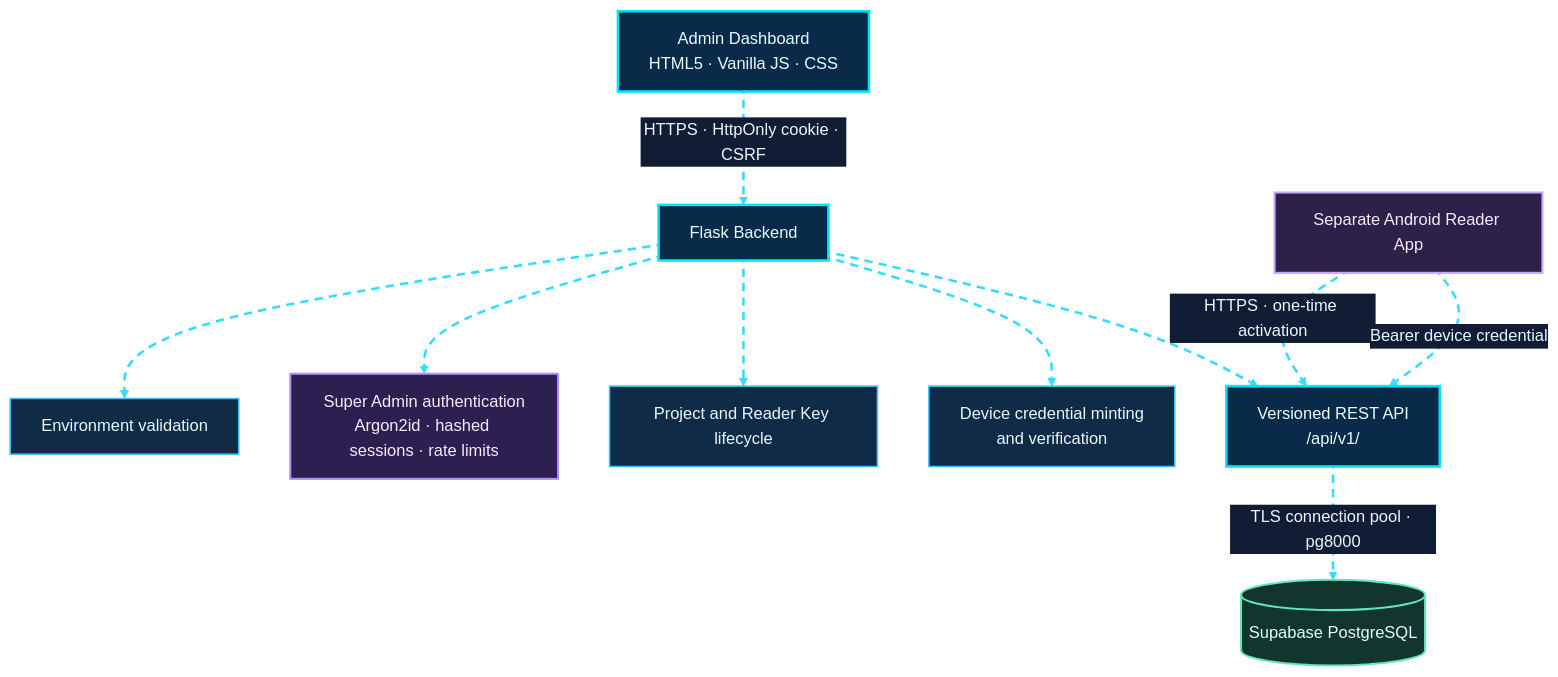
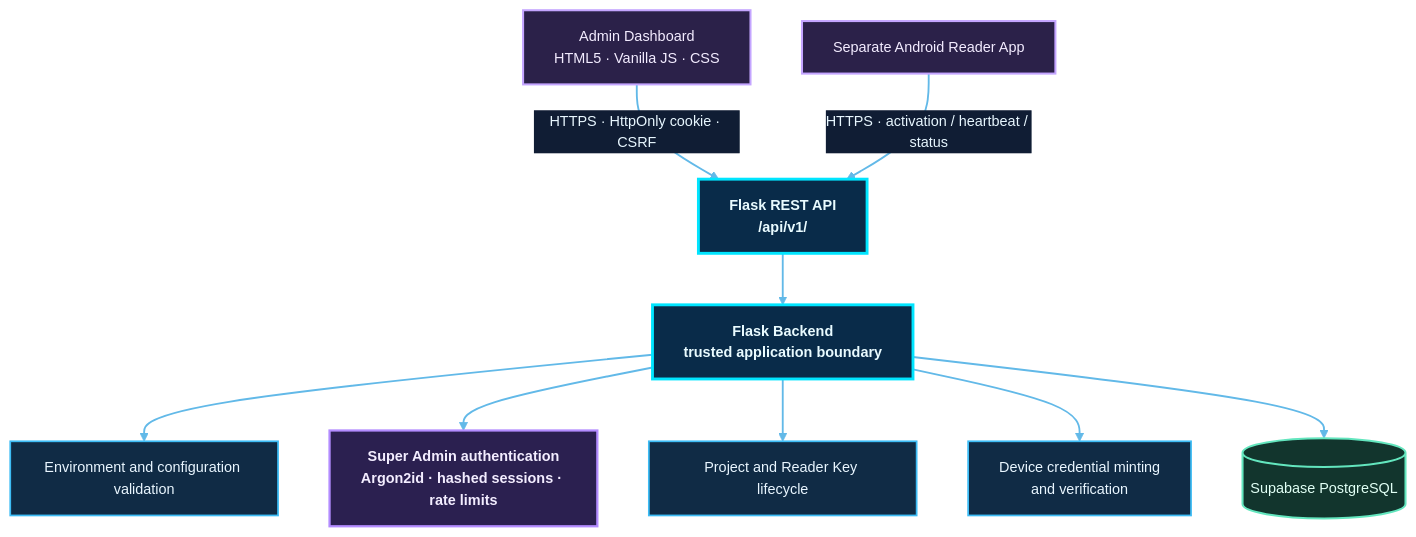
One commit to shajeduzzamanenan992008inc/NexOra-Database-key-Gen changed the third of 23 diagrams in README.md. Above: the diagram before and after it, drawn with Mermaid. The commit also changed other lines of this file, not shown here.

````diff
--- a/README.md
+++ b/README.md
@@ -498,33 +495,32 @@
 ```mermaid
-%%{init: {"theme":"base","themeVariables":{"darkMode":true,"background":"#07111f","primaryColor":"#102744","primaryTextColor":"#e8f7ff","primaryBorderColor":"#00d9ff","lineColor":"#7297c8","secondaryColor":"#261d45","secondaryTextColor":"#f3eaff","secondaryBorderColor":"#a78bfa","tertiaryColor":"#12332b","tertiaryTextColor":"#e0fff1","tertiaryBorderColor":"#41e6a2","fontFamily":"Inter, Segoe UI, sans-serif","edgeLabelBackground":"#101d34","mainBkg":"#102744","nodeBorder":"#00d9ff","clusterBkg":"#0b1930","clusterBorder":"#6f7dff","actorBkg":"#102744","actorBorder":"#00d9ff","actorTextColor":"#e8f7ff","signalColor":"#64d8ff","signalTextColor":"#e8f7ff","noteBkgColor":"#0e332b","noteBorderColor":"#41e6a2","noteTextColor":"#e0fff1"}}}%%
-flowchart TD
-    A["Admin Dashboard<br/>HTML5 · Vanilla JS · CSS"] nx03e01@-->|"HTTPS · HttpOnly cookie · CSRF"| B["Flask Backend"]
-    B nx03e02@--> C["Environment validation"]
-    B nx03e03@--> D["Super Admin authentication<br/>Argon2id · hashed sessions · rate limits"]
-    B nx03e04@--> E["Project and Reader Key lifecycle"]
-    B nx03e05@--> F["Device credential minting<br/>and verification"]
-    B nx03e06@--> G["Versioned REST API<br/>/api/v1/"]
-    G nx03e07@-->|"TLS connection pool · pg8000"| H[("Supabase PostgreSQL")]
-    I["Separate Android Reader App"] nx03e08@-->|"HTTPS · one-time activation"| G
-    I nx03e09@-->|"Bearer device credential"| G
+%%{init: {"theme":"base","themeVariables":{"darkMode":true,"background":"#07111f","primaryColor":"#102744","primaryTextColor":"#e8f7ff","primaryBorderColor":"#00d9ff","lineColor":"#62b9e8","secondaryColor":"#261d45","secondaryTextColor":"#f3eaff","secondaryBorderColor":"#a78bfa","tertiaryColor":"#12332b","tertiaryTextColor":"#e0fff1","tertiaryBorderColor":"#41e6a2","fontFamily":"Inter, Segoe UI, sans-serif","fontSize":"14px","edgeLabelBackground":"#101d34","mainBkg":"#102744","nodeBorder":"#00d9ff","clusterBkg":"#0b1930","clusterBorder":"#6f7dff","actorBkg":"#102744","actorBorder":"#00d9ff","actorTextColor":"#e8f7ff","signalColor":"#64d8ff","signalTextColor":"#e8f7ff","noteBkgColor":"#0e332b","noteBorderColor":"#41e6a2","noteTextColor":"#e0fff1"}}}%%
+flowchart TB
+    ADMIN["Admin Dashboard<br/>HTML5 · Vanilla JS · CSS"] -->|"HTTPS · HttpOnly cookie · CSRF"| API["Flask REST API<br/>/api/v1/"]
+    READER["Separate Android Reader App"] -->|"HTTPS · activation / heartbeat / status"| API
 
-    %% OMEGA NEX-ORA visual classes
-    %% OMEGA NEX-ORA / ULTRA NEON PALETTE
-    classDef nxCore fill:#092b49,stroke:#00e5ff,stroke-width:2.5px,color:#e9fbff;
-    classDef nxProcess fill:#102b45,stroke:#3dbcf5,stroke-width:1.5px,color:#e9f6ff;
-    classDef nxDecision fill:#2b2050,stroke:#b38cff,stroke-width:2px,color:#f3edff;
-    classDef nxSuccess fill:#0d3b2c,stroke:#3fffa0,stroke-width:2px,color:#e0fff0;
-    classDef nxDanger fill:#451d30,stroke:#ff6688,stroke-width:2px,color:#fff0f3;
+    API --> BACKEND["Flask Backend<br/>trusted application boundary"]
+    BACKEND --> ENV["Environment and configuration validation"]
+    BACKEND --> AUTH["Super Admin authentication<br/>Argon2id · hashed sessions · rate limits"]
+    BACKEND --> LIFE["Project and Reader Key lifecycle"]
+    BACKEND --> DEVICE["Device credential minting<br/>and verification"]
+    BACKEND --> DB[("Supabase PostgreSQL")]
+
+
+    %% OMEGA NEX-ORA · ULTRA NEON DESIGN SYSTEM
+    classDef nxCore fill:#092b49,stroke:#00e5ff,stroke-width:2.8px,color:#e9fbff,font-weight:bold;
+    classDef nxProcess fill:#102b45,stroke:#3dbcf5,stroke-width:1.7px,color:#e9f6ff;
+    classDef nxDecision fill:#2b2050,stroke:#b38cff,stroke-width:2.2px,color:#f3edff,font-weight:bold;
+    classDef nxSuccess fill:#0d3b2c,stroke:#3fffa0,stroke-width:2.2px,color:#e0fff0,font-weight:bold;
+    classDef nxDanger fill:#451d30,stroke:#ff6688,stroke-width:2.2px,color:#fff0f3,font-weight:bold;
     classDef nxData fill:#12352d,stroke:#63e6be,stroke-width:2px,color:#e1fff5;
     classDef nxExternal fill:#2b2149,stroke:#c4a5ff,stroke-width:2px,color:#f3ecff;
     classDef nxInfo fill:#17253e,stroke:#91a7c9,stroke-width:1.5px,color:#e5efff;
     classDef nxWarning fill:#453116,stroke:#fbbf24,stroke-width:2px,color:#fff6d6;
-    %% Moving dashed route: Mermaid applies this class to explicitly identified edges.
-    classDef nxAnimated stroke:#35dcff,stroke-width:2.5px,stroke-dasharray:8\,6,stroke-dashoffset:1000,animation:dash 24s linear infinite;
-    class A,B,G nxCore;
-    class C,E,F nxProcess;
-    class D nxDecision;
-    class H nxData;
-    class I nxExternal;
-    class nx03e01,nx03e02,nx03e03,nx03e04,nx03e05,nx03e06,nx03e07,nx03e08,nx03e09 nxAnimated;
+    linkStyle default stroke:#62b9e8,stroke-width:1.8px;
+    class ADMIN nxExternal;
+    class READER nxExternal;
+    class API,BACKEND nxCore;
+    class ENV,LIFE,DEVICE nxProcess;
+    class AUTH nxDecision;
+    class DB nxData;
 ```
````
